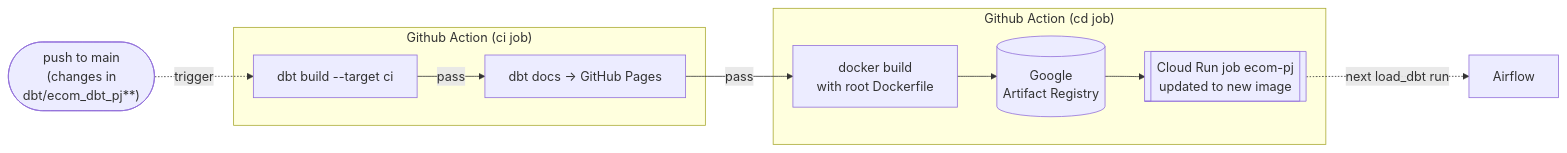
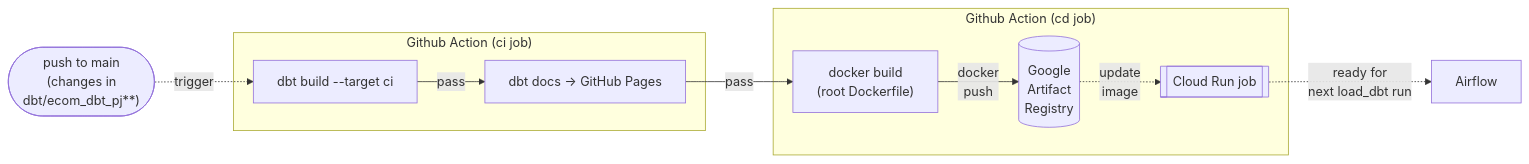
The third of 3 diagrams in README.md (candychen00/faker-ecom-project__airflow_dbt), drawn with Mermaid before and after one commit. The commit also changed other lines of this file, not shown here.

````diff
--- a/README.md
+++ b/README.md
@@ -141,22 +141,24 @@
 ```mermaid
 flowchart LR
     PUSH(["push to main<br>(changes in<br>dbt/ecom_dbt_pj**)"])
     
     subgraph GHCI["Github Action (ci job)"]
         CI["dbt build --target ci"]
         DOCS["dbt docs → GitHub Pages"]
     end
 
     subgraph GHCD["Github Action (cd job)"]
-        CD["docker build <br>with root Dockerfile"]
-        GAR[(Google<br>Artifact Registry)]
-        JOB[["Cloud Run job ecom-pj<br>updated to new image"]]
+        CD["docker build<br>(root Dockerfile)"]
+        GAR[(Google<br>Artifact<br>Registry)]
+        JOB[["Cloud Run job"]]
     end
-    
-    JOB -. "next load_dbt run" .-> AIR["Airflow"]
 
     PUSH -. trigger .-> CI
     CI -- pass --> DOCS
-    DOCS -- pass --> CD --> GAR --> JOB
+    DOCS -- pass --> CD
+    CD -- "docker<br>push" --> GAR
+    GAR -. "update<br>image" .-> JOB
+
+    JOB -. "ready for<br>next load_dbt run" .-> AIR["Airflow"]
 
 ```
````
